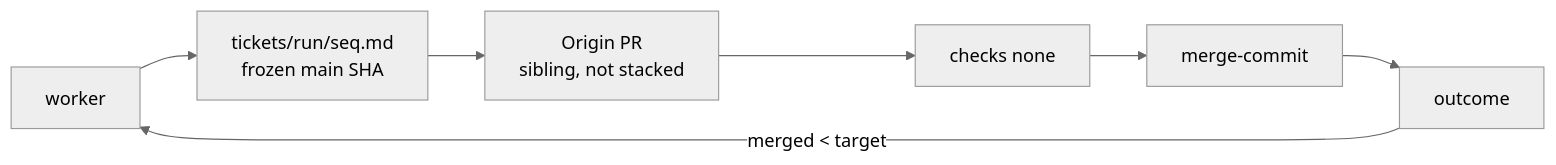
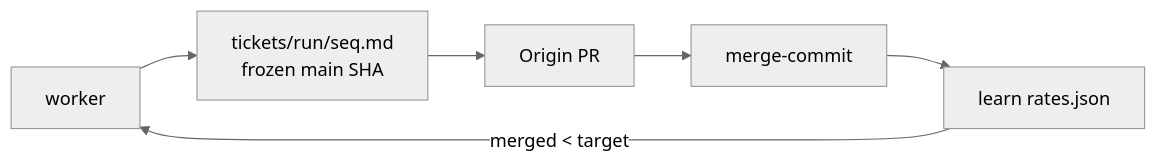
Before and after one commit to ranjan2829/Alpha-throttle-test: the third of 3 diagrams in README.md, drawn with Mermaid (neutral theme). The commit also changed other lines of this file and 1 other file, not shown here.

First line of the commit message:
Restore the harness README with stats and mermaid graphs

````diff
--- a/README.md
+++ b/README.md
@@ -56,9 +271,8 @@
 ```mermaid
 flowchart LR
   W["worker"] --> F["tickets/run/seq.md<br/>frozen main SHA"]
-  F --> PR["Origin PR<br/>sibling, not stacked"]
-  PR --> C["checks  none"]
-  C --> M["merge-commit"]
-  M --> R["outcome"]
-  R -->|"merged < target"| W
+  F --> PR["Origin PR"]
+  PR --> M["merge-commit"]
+  M --> L["learn rates.json"]
+  L -->|"merged < target"| W
 ```
````
